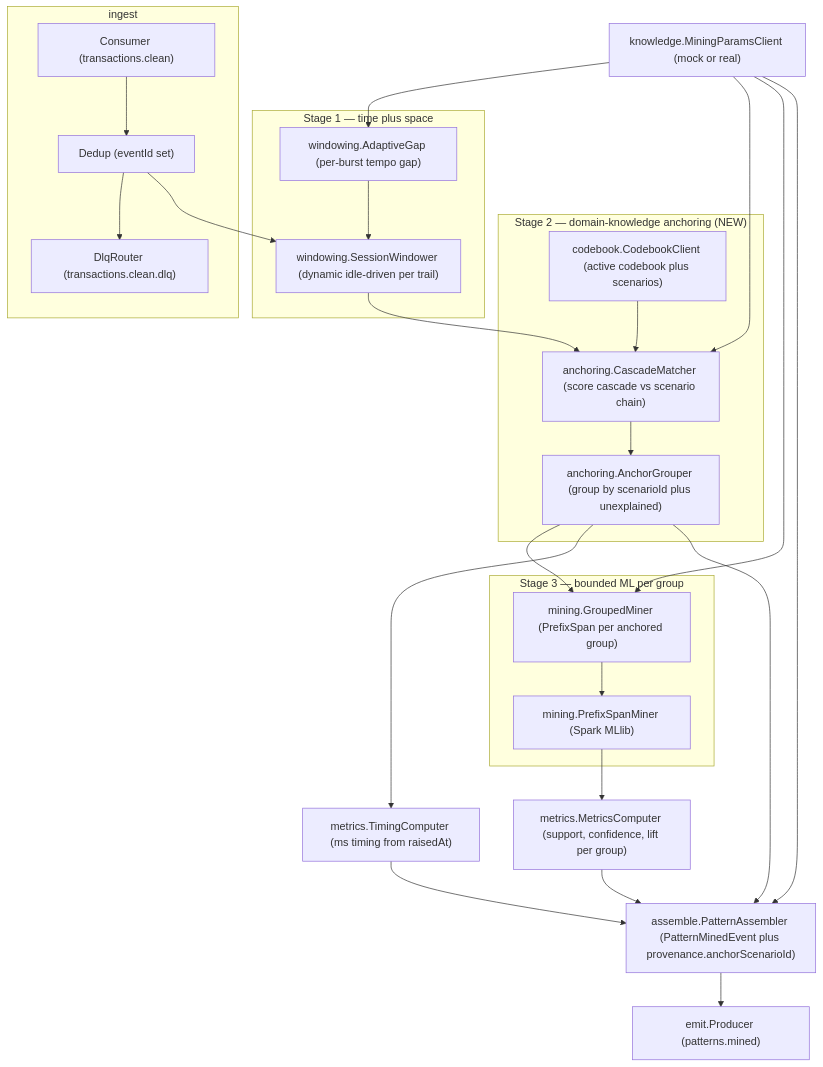
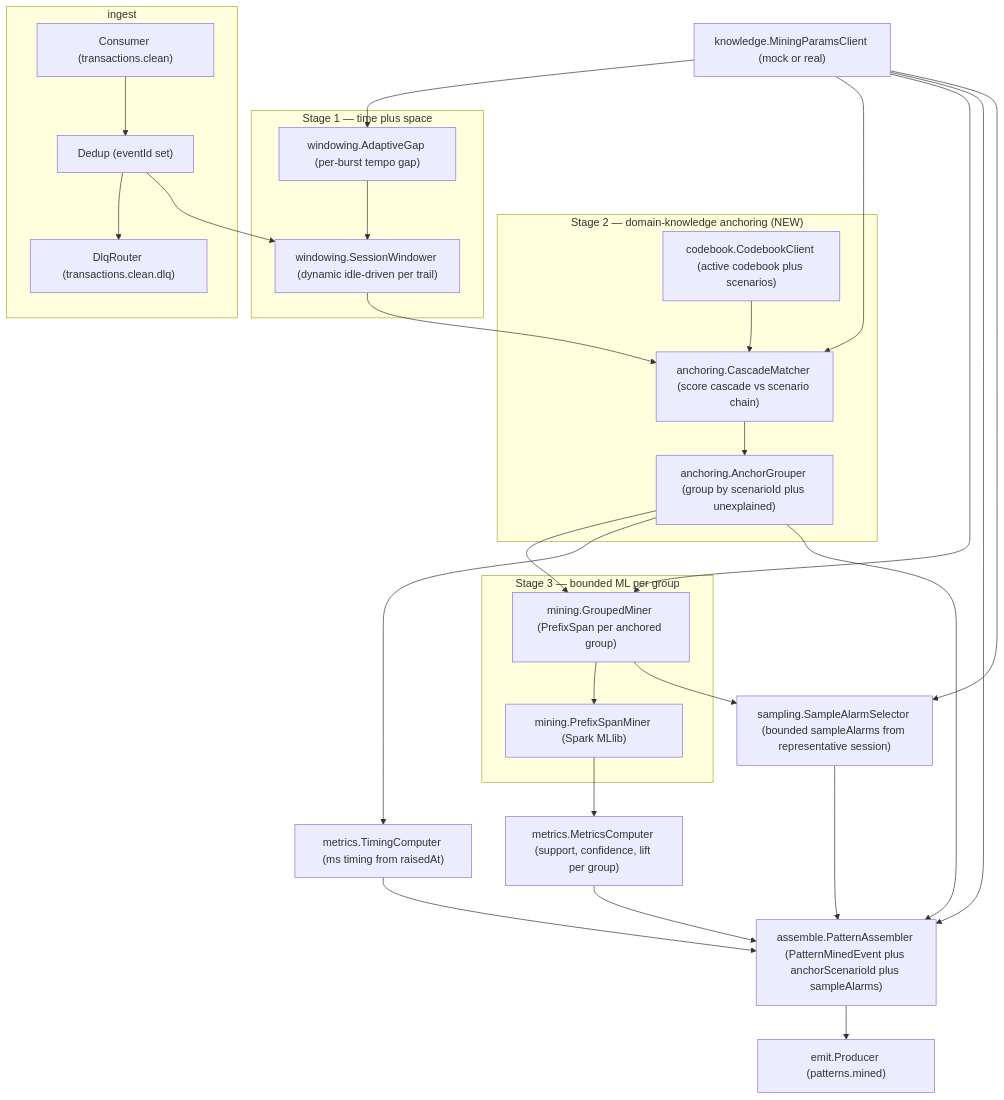
The first of 8 diagrams in services/pattern-miner/design.md (nikhilmohan/correlation-platform), drawn with Mermaid before and after one commit. The commit also changed other lines of this file, not shown here.

First line of the commit message:
design(pattern-miner): sampleAlarms[] XAI member-alarm evidence on PatternMinedEvent

````diff
--- a/services/pattern-miner/design.md
+++ b/services/pattern-miner/design.md
@@ -117,46 +147,50 @@
 ```mermaid
 flowchart TD
   subgraph ingest["ingest"]
     C["Consumer (transactions.clean)"]
     D["Dedup (eventId set)"]
     DLQ["DlqRouter (transactions.clean.dlq)"]
   end
   K["knowledge.MiningParamsClient (mock or real)"]
   subgraph stage1["Stage 1 — time plus space"]
     W["windowing.SessionWindower (dynamic idle-driven per trail)"]
     AG["windowing.AdaptiveGap (per-burst tempo gap)"]
   end
   subgraph stage2["Stage 2 — domain-knowledge anchoring (NEW)"]
     CB["codebook.CodebookClient (active codebook plus scenarios)"]
     MATCH["anchoring.CascadeMatcher (score cascade vs scenario chain)"]
     GRP["anchoring.AnchorGrouper (group by scenarioId plus unexplained)"]
   end
   subgraph stage3["Stage 3 — bounded ML per group"]
     GM["mining.GroupedMiner (PrefixSpan per anchored group)"]
     M["mining.PrefixSpanMiner (Spark MLlib)"]
   end
   MET["metrics.MetricsComputer (support, confidence, lift per group)"]
   TC["metrics.TimingComputer (ms timing from raisedAt)"]
-  A["assemble.PatternAssembler (PatternMinedEvent plus provenance.anchorScenarioId)"]
+  SAMP["sampling.SampleAlarmSelector (bounded sampleAlarms from representative session)"]
+  A["assemble.PatternAssembler (PatternMinedEvent plus anchorScenarioId plus sampleAlarms)"]
   E["emit.Producer (patterns.mined)"]
 
   C --> D
   D --> DLQ
   D --> W
   K --> AG
   AG --> W
   W --> MATCH
   K --> MATCH
   CB --> MATCH
   MATCH --> GRP
   GRP --> GM
   GM --> M
   K --> GM
   M --> MET
   GRP --> TC
   MET --> A
   TC --> A
   K --> A
   GRP --> A
+  GM --> SAMP
+  K --> SAMP
+  SAMP --> A
   A --> E
 ```
````
